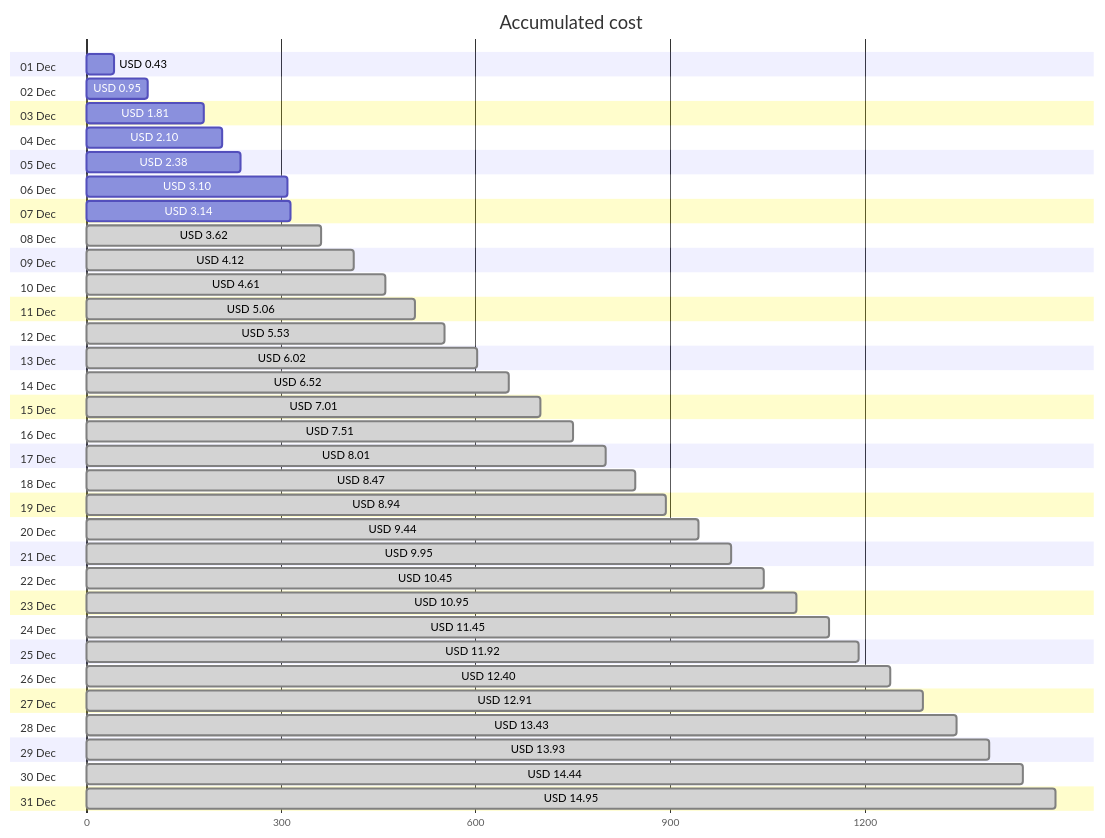
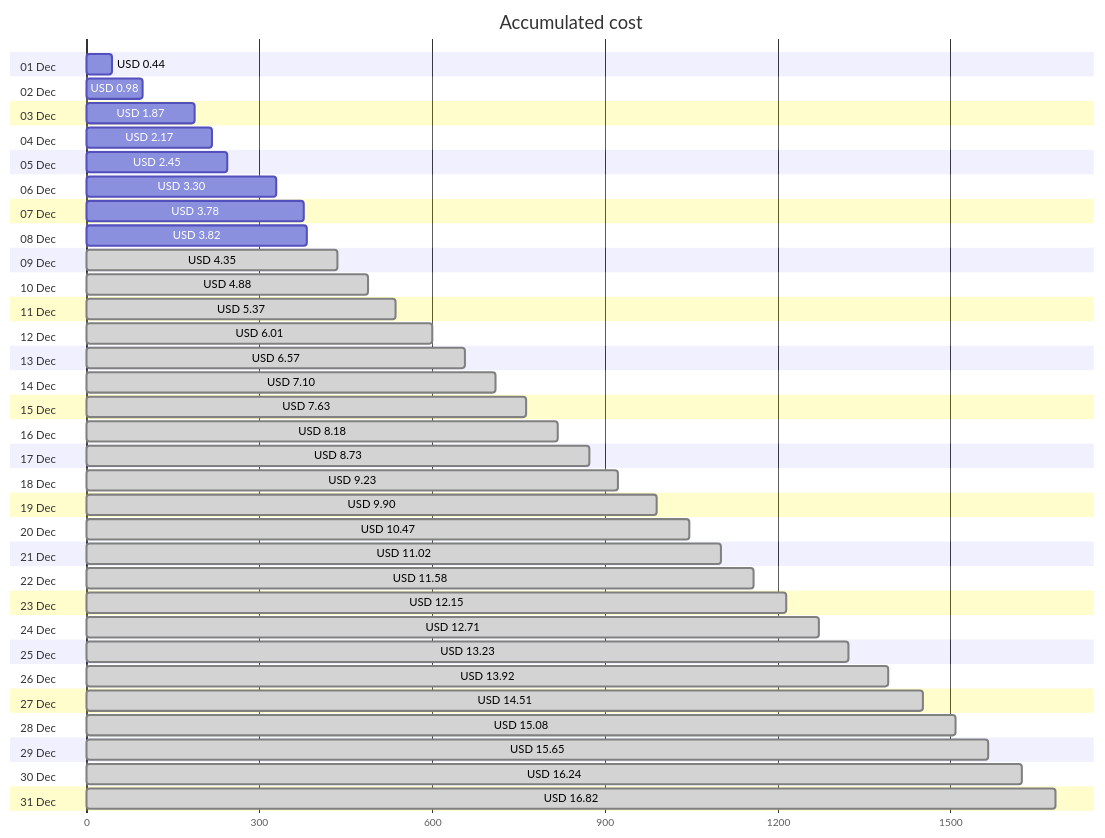
Before and after one commit to jpfulton/azure-personal-reports: the first of 4 diagrams in cost-reports/personal-network/vpn-server.md, drawn with Mermaid. The commit also changed other lines of this file and 8 other files, not shown here.

````diff
--- a/cost-reports/personal-network/vpn-server.md
+++ b/cost-reports/personal-network/vpn-server.md
@@ -20,68 +20,68 @@
 ```mermaid
 gantt
    title Accumulated cost
    dateFormat  X
    axisFormat %s
    section 01 Dec
-   USD 0.43 :0, 43
+   USD 0.44 :0, 44
    section 02 Dec
-   USD 0.95 :0, 95
+   USD 0.98 :0, 98
    section 03 Dec
-   USD 1.81 :0, 181
+   USD 1.87 :0, 187
    section 04 Dec
-   USD 2.10 :0, 210
+   USD 2.17 :0, 217
    section 05 Dec
-   USD 2.38 :0, 238
+   USD 2.45 :0, 245
    section 06 Dec
-   USD 3.10 :0, 310
+   USD 3.30 :0, 330
    section 07 Dec
-   USD 3.14 :0, 314
+   USD 3.78 :0, 378
    section 08 Dec
-   USD 3.62 : done, 0, 362
+   USD 3.82 :0, 382
    section 09 Dec
-   USD 4.12 : done, 0, 412
+   USD 4.35 : done, 0, 435
    section 10 Dec
-   USD 4.61 : done, 0, 461
+   USD 4.88 : done, 0, 488
    section 11 Dec
-   USD 5.06 : done, 0, 506
+   USD 5.37 : done, 0, 537
    section 12 Dec
-   USD 5.53 : done, 0, 553
+   USD 6.01 : done, 0, 601
    section 13 Dec
-   USD 6.02 : done, 0, 602
+   USD 6.57 : done, 0, 657
    section 14 Dec
-   USD 6.52 : done, 0, 652
+   USD 7.10 : done, 0, 710
    section 15 Dec
-   USD 7.01 : done, 0, 701
+   USD 7.63 : done, 0, 763
    section 16 Dec
-   USD 7.51 : done, 0, 751
+   USD 8.18 : done, 0, 818
    section 17 Dec
-   USD 8.01 : done, 0, 801
+   USD 8.73 : done, 0, 873
    section 18 Dec
-   USD 8.47 : done, 0, 847
+   USD 9.23 : done, 0, 923
    section 19 Dec
-   USD 8.94 : done, 0, 894
+   USD 9.90 : done, 0, 990
    section 20 Dec
-   USD 9.44 : done, 0, 944
+   USD 10.47 : done, 0, 1047
    section 21 Dec
-   USD 9.95 : done, 0, 995
+   USD 11.02 : done, 0, 1102
    section 22 Dec
-   USD 10.45 : done, 0, 1045
+   USD 11.58 : done, 0, 1158
    section 23 Dec
-   USD 10.95 : done, 0, 1095
+   USD 12.15 : done, 0, 1215
    section 24 Dec
-   USD 11.45 : done, 0, 1145
+   USD 12.71 : done, 0, 1271
    section 25 Dec
-   USD 11.92 : done, 0, 1192
+   USD 13.23 : done, 0, 1323
    section 26 Dec
-   USD 12.40 : done, 0, 1240
+   USD 13.92 : done, 0, 1392
    section 27 Dec
-   USD 12.91 : done, 0, 1291
+   USD 14.51 : done, 0, 1451
    section 28 Dec
-   USD 13.43 : done, 0, 1343
+   USD 15.08 : done, 0, 1508
    section 29 Dec
-   USD 13.93 : done, 0, 1393
+   USD 15.65 : done, 0, 1565
    section 30 Dec
-   USD 14.44 : done, 0, 1444
+   USD 16.24 : done, 0, 1624
    section 31 Dec
-   USD 14.95 : done, 0, 1495
+   USD 16.82 : done, 0, 1682
 ```
````
